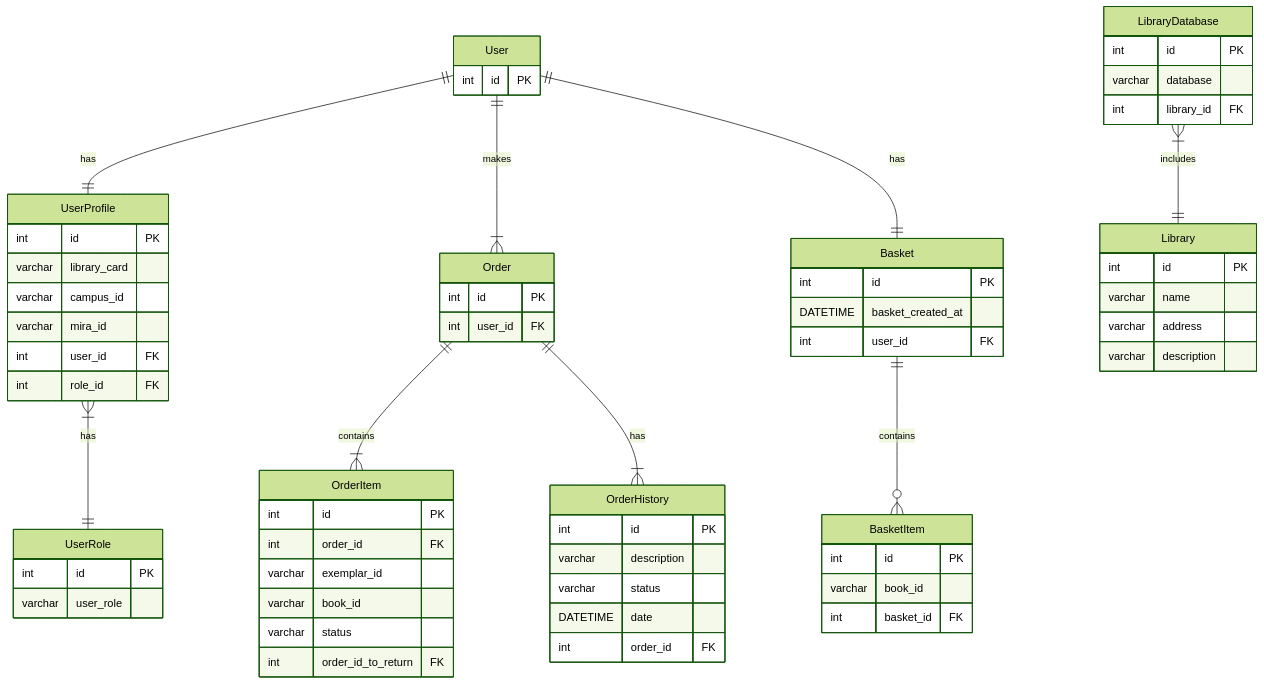
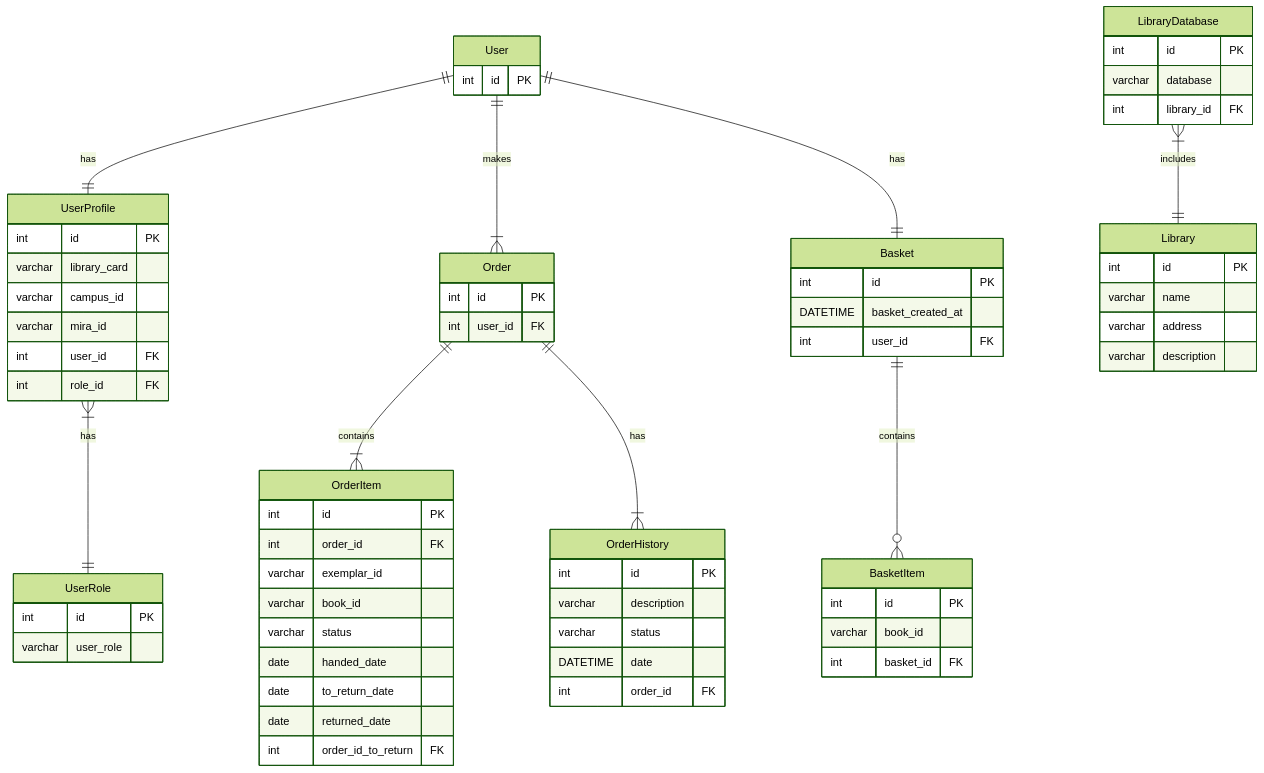
Before and after one commit to nnn1ki/library-online: the second of 2 diagrams in README.md, drawn with Mermaid (forest theme). The commit also changed other lines of this file and 36 other files, not shown here.

````diff
--- a/README.md
+++ b/README.md
@@ -32,77 +32,80 @@
 ```mermaid
 erDiagram
     User ||--|| UserProfile : has
     User ||--|{ Order : makes
     User ||--|| Basket : has
     UserProfile }|--|| UserRole : has
     Order ||--|{ OrderItem : contains
     Order ||--|{ OrderHistory : has
     Basket ||--o{ BasketItem : contains
     
     LibraryDatabase }|--|| Library : includes
     
     User { 
       int id PK 
     }
 
     UserProfile {
       int id PK 
       varchar library_card
       varchar campus_id 
       varchar mira_id
       int user_id FK
       int role_id FK
     }
 
     UserRole {
         int id PK
         varchar user_role 
     }
     
     Basket {
         int id PK 
         DATETIME basket_created_at 
         int user_id FK
     }
 
     BasketItem {
         int id PK
         varchar book_id
         int basket_id FK
     }
 
     Order {
         int id PK  
         int user_id FK
     }
 
     OrderHistory {
         int id PK
         varchar description
         varchar status
         DATETIME date
         int order_id FK 
     }
 
     OrderItem {
         int id PK
         int order_id FK
         varchar exemplar_id
         varchar book_id
         varchar status
+        date handed_date
+        date to_return_date
+        date returned_date
         int order_id_to_return FK
     }
 
     Library {
         int id PK
         varchar name
         varchar address
         varchar description
     }
 
     LibraryDatabase {
         int id PK
         varchar database
         int library_id FK
     }
 ```
````
